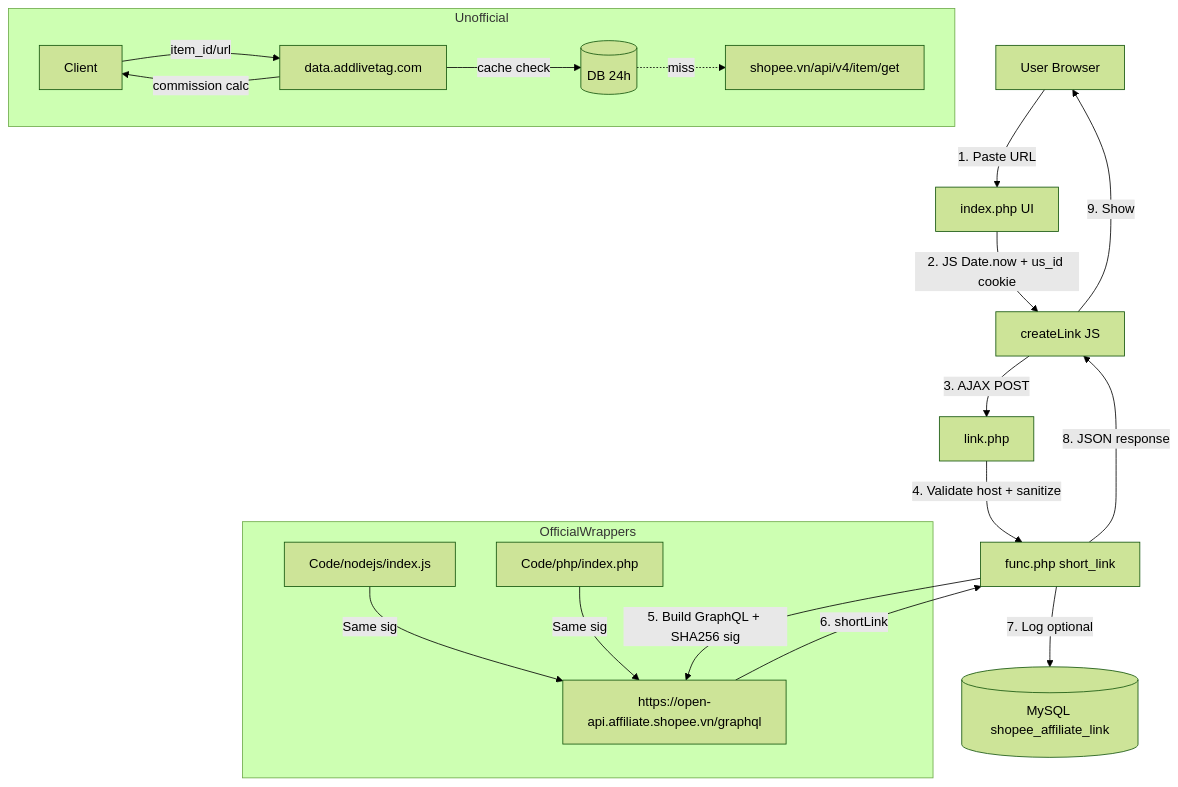
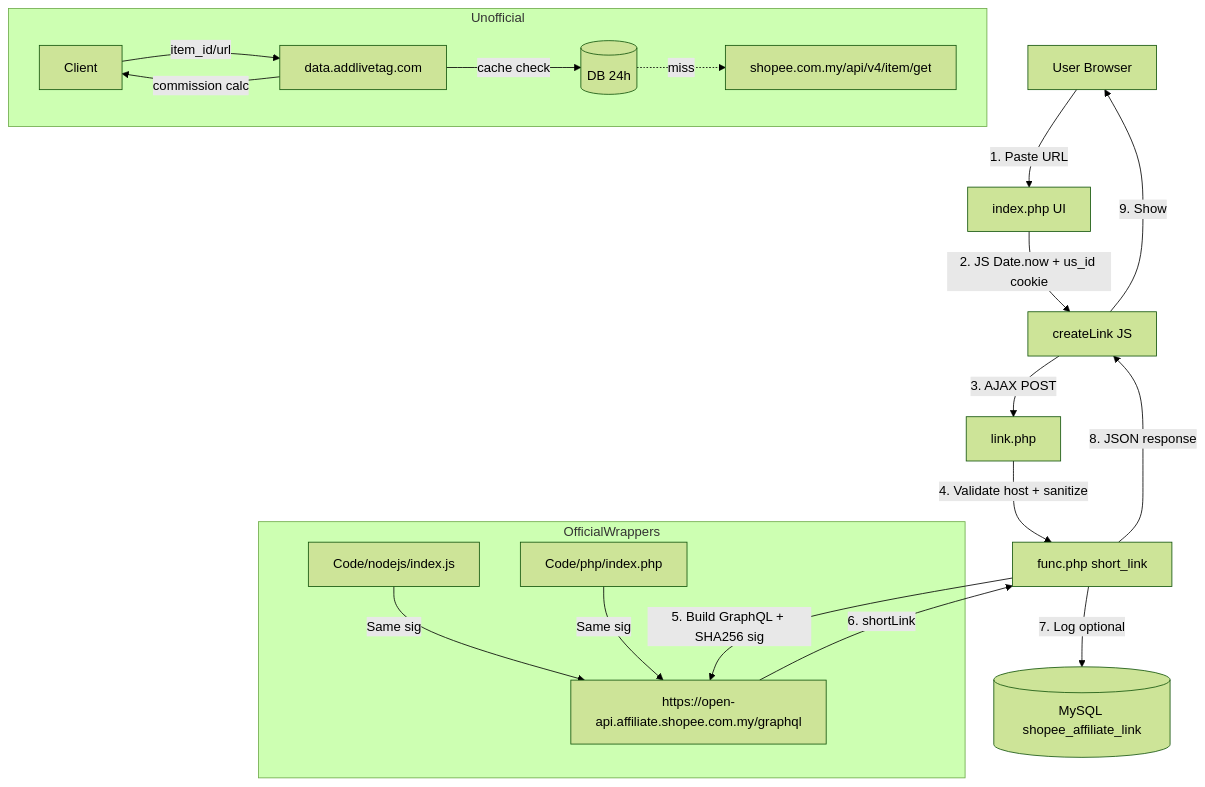
Before and after one commit to SuperDuperNoob/shopee-aff: the first of 2 diagrams in REVERSE_ENGINEERING.md, drawn with Mermaid (forest theme). The commit also changed other lines of this file and 22 other files, not shown here.

First line of the commit message:
Retarget repo to Shopee Malaysia (shopee.com.my) (#3)

````diff
--- a/REVERSE_ENGINEERING.md
+++ b/REVERSE_ENGINEERING.md
@@ -286,24 +286,24 @@
 ```mermaid
 flowchart TD
     User[User Browser] -->|1. Paste URL| UI[index.php UI]
     UI -->|2. JS Date.now + us_id cookie| JS[createLink JS]
     JS -->|3. AJAX POST| Link[link.php]
     Link -->|4. Validate host + sanitize| Func[func.php short_link]
-    Func -->|5. Build GraphQL + SHA256 sig| Shopee[https://open-api.affiliate.shopee.vn/graphql]
+    Func -->|5. Build GraphQL + SHA256 sig| Shopee[https://open-api.affiliate.shopee.com.my/graphql]
     Shopee -->|6. shortLink| Func
     Func -->|7. Log optional| DB[(MySQL shopee_affiliate_link)]
     Func -->|8. JSON response| JS
     JS -->|9. Show| User
 
     subgraph OfficialWrappers
       NodeJS[Code/nodejs/index.js] -->|Same sig| Shopee
       PHP[Code/php/index.php] -->|Same sig| Shopee
     end
 
     subgraph Unofficial
       Client -->|item_id/url| ProdAPI[data.addlivetag.com]
       ProdAPI -->|cache check| Cache[(DB 24h)]
-      Cache -.miss.-> ShopeeV4[shopee.vn/api/v4/item/get]
+      Cache -.miss.-> ShopeeV4[shopee.com.my/api/v4/item/get]
       ProdAPI -->|commission calc| Client
     end
 ```
````
